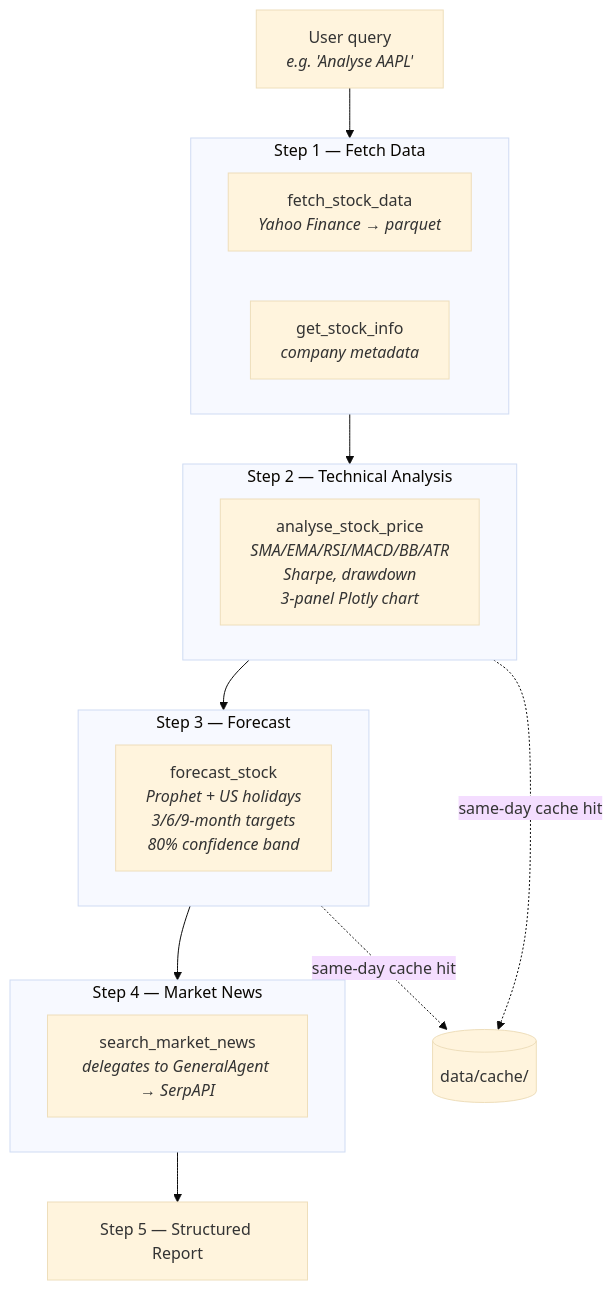
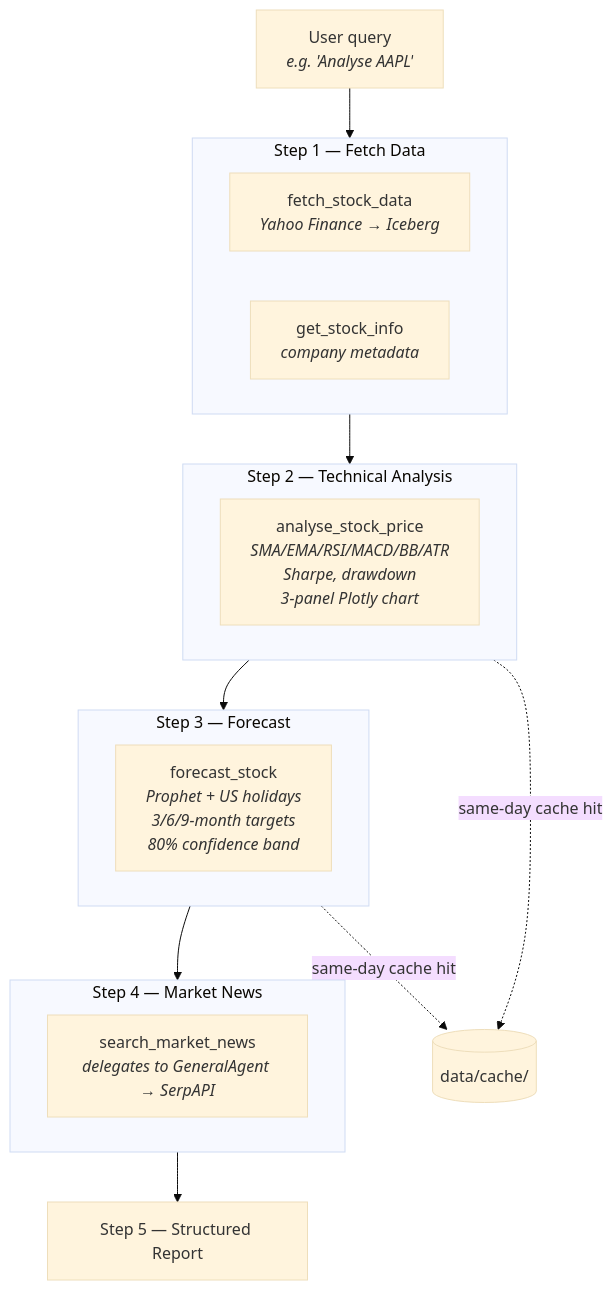
The fourth of 4 diagrams in README.md (aset-platform/ai-agent-ui), drawn with Mermaid (base theme) before and after one commit. The commit also changed other lines of this file and 37 other files, not shown here.

````diff
--- a/README.md
+++ b/README.md
@@ -182,23 +181,23 @@
 ```mermaid
 graph TD
     Q["User query<br/><i>e.g. 'Analyse AAPL'</i>"]
     Q --> S1
     subgraph S1["Step 1 — Fetch Data"]
-        FSD["fetch_stock_data<br/><i>Yahoo Finance → parquet</i>"]
+        FSD["fetch_stock_data<br/><i>Yahoo Finance → Iceberg</i>"]
         GSI["get_stock_info<br/><i>company metadata</i>"]
     end
     S1 --> S2
     subgraph S2["Step 2 — Technical Analysis"]
         ASP["analyse_stock_price<br/><i>SMA/EMA/RSI/MACD/BB/ATR<br/>Sharpe, drawdown<br/>3-panel Plotly chart</i>"]
     end
     S2 --> S3
     subgraph S3["Step 3 — Forecast"]
         FS["forecast_stock<br/><i>Prophet + US holidays<br/>3/6/9-month targets<br/>80% confidence band</i>"]
     end
     S3 --> S4
     subgraph S4["Step 4 — Market News"]
         SMN["search_market_news<br/><i>delegates to GeneralAgent → SerpAPI</i>"]
     end
     S4 --> S5["Step 5 — Structured Report"]
     S2 & S3 -.->|"same-day cache hit"| CACHE[("data/cache/")]
 ```
````
